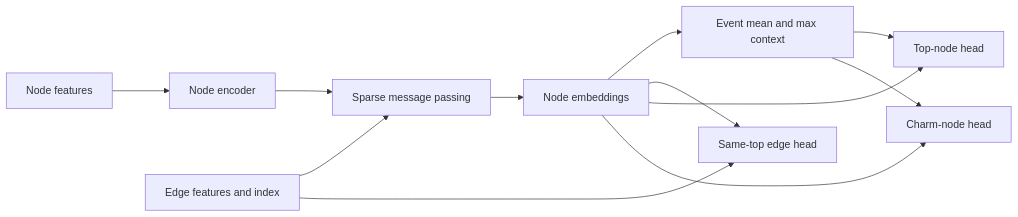
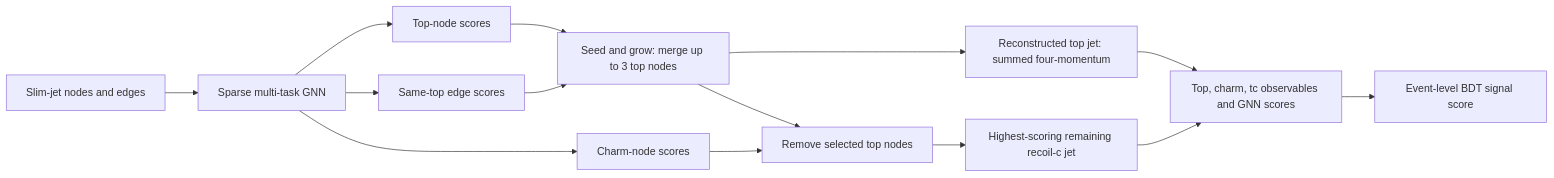
The diagram in GNN/README.md (Leo-ChengXuLiu/Coding-Part-Chengxu-Liu), drawn with Mermaid before and after one commit. The commit also changed other lines of this file and 3 other files, not shown here.

Commit message:
Add GNN object reconstruction and BDT packing

````diff
--- a/GNN/README.md
+++ b/GNN/README.md
@@ -19,14 +24,16 @@
 ```mermaid
 flowchart LR
-    N[Node features] --> ENC[Node encoder]
-    E[Edge features and index] --> MP[Sparse message passing]
-    ENC --> MP
-    MP --> H[Node embeddings]
-    H --> CTX[Event mean and max context]
-    H --> EDGE[Same-top edge head]
-    E --> EDGE
-    H --> TOP[Top-node head]
-    CTX --> TOP
-    H --> CHARM[Charm-node head]
-    CTX --> CHARM
+    J[Slim-jet nodes and edges] --> GNN[Sparse multi-task GNN]
+    GNN --> T[Top-node scores]
+    GNN --> E[Same-top edge scores]
+    T --> MERGE[Seed and grow: merge up to 3 top nodes]
+    E --> MERGE
+    MERGE --> TOP[Reconstructed top jet: summed four-momentum]
+    GNN --> C[Charm-node scores]
+    MERGE --> MASK[Remove selected top nodes]
+    C --> MASK
+    MASK --> CHARM[Highest-scoring remaining recoil-c jet]
+    TOP --> PACK[Top, charm, tc observables and GNN scores]
+    CHARM --> PACK
+    PACK --> BDT[Event-level BDT signal score]
 ```
````
